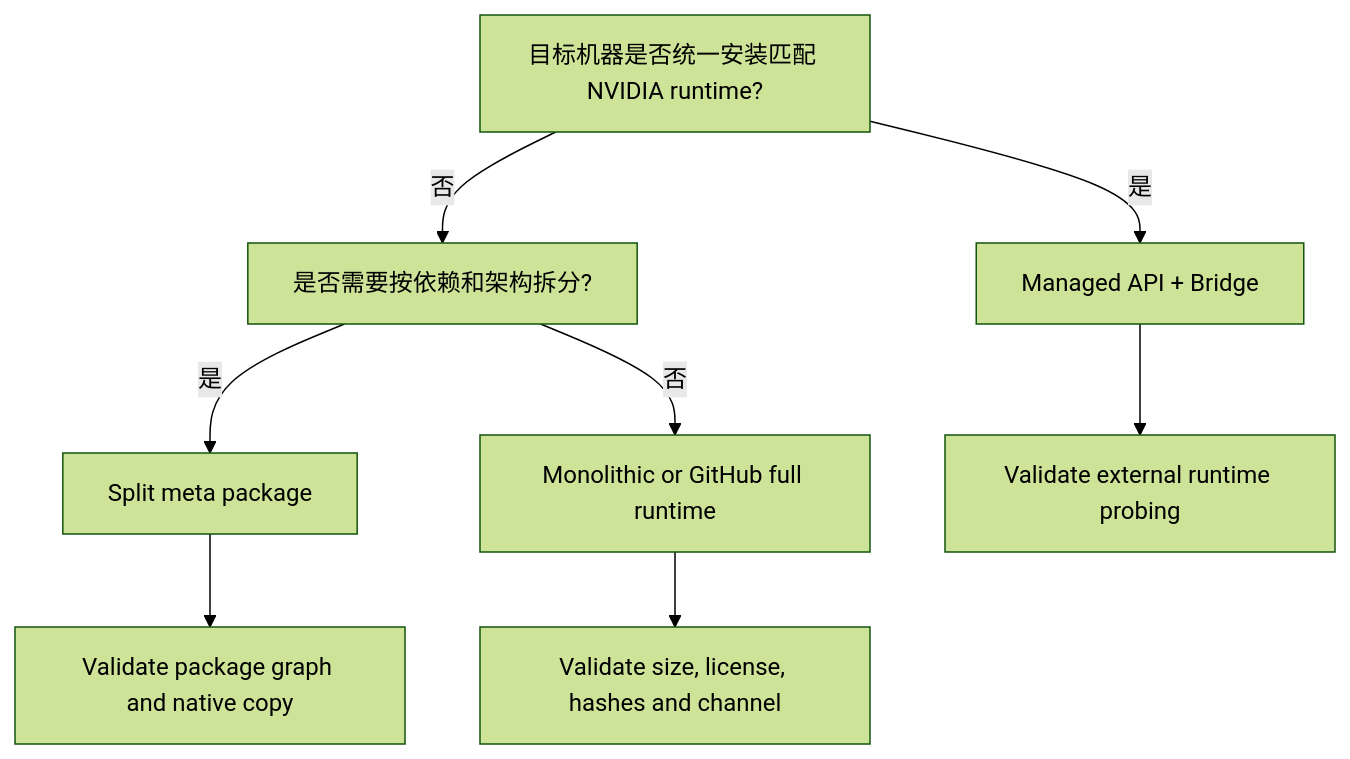
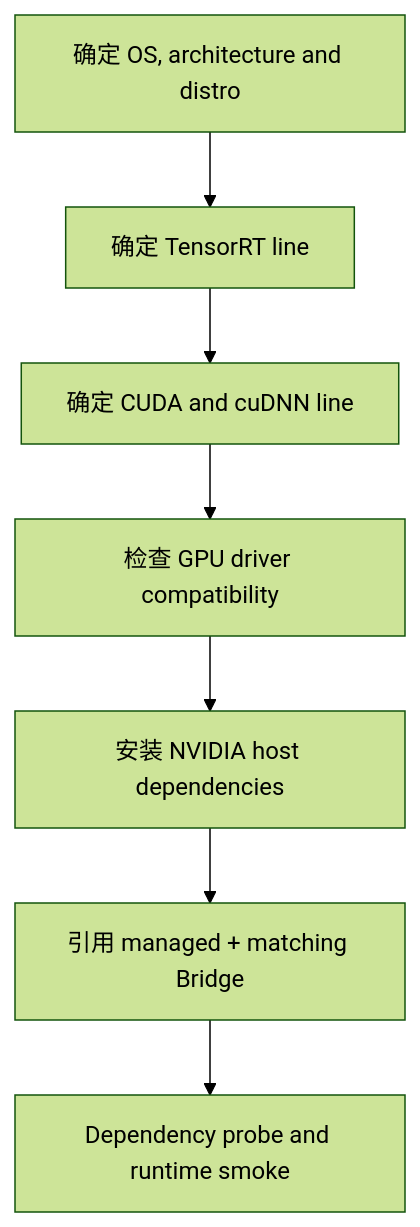
The second of 2 diagrams in docs/articles/zh-cn/runtime-package-selection.md (guojin-yan/TensorRT-CSharp-API), drawn with Mermaid (forest theme) before and after one commit. The commit also changed other lines of this file and 65 other files, not shown here.

````diff
--- a/docs/articles/zh-cn/runtime-package-selection.md
+++ b/docs/articles/zh-cn/runtime-package-selection.md
@@ -147,10 +101,9 @@
 ```mermaid
 flowchart TD
-    A["目标机器是否统一安装匹配 NVIDIA runtime?"] -->|"是"| B["Managed API + Bridge"]
-    A -->|"否"| C["是否需要按依赖和架构拆分?"]
-    C -->|"是"| D["Split meta package"]
-    C -->|"否"| E["Monolithic or GitHub full runtime"]
-    B --> V["Validate external runtime probing"]
-    D --> S["Validate package graph and native copy"]
-    E --> F["Validate size, license, hashes and channel"]
+    A["确定 OS, architecture and distro"] --> B["确定 TensorRT line"]
+    B --> C["确定 CUDA and cuDNN line"]
+    C --> D["检查 GPU driver compatibility"]
+    D --> E["安装 NVIDIA host dependencies"]
+    E --> F["引用 managed + matching Bridge"]
+    F --> G["Dependency probe and runtime smoke"]
 ```
````
